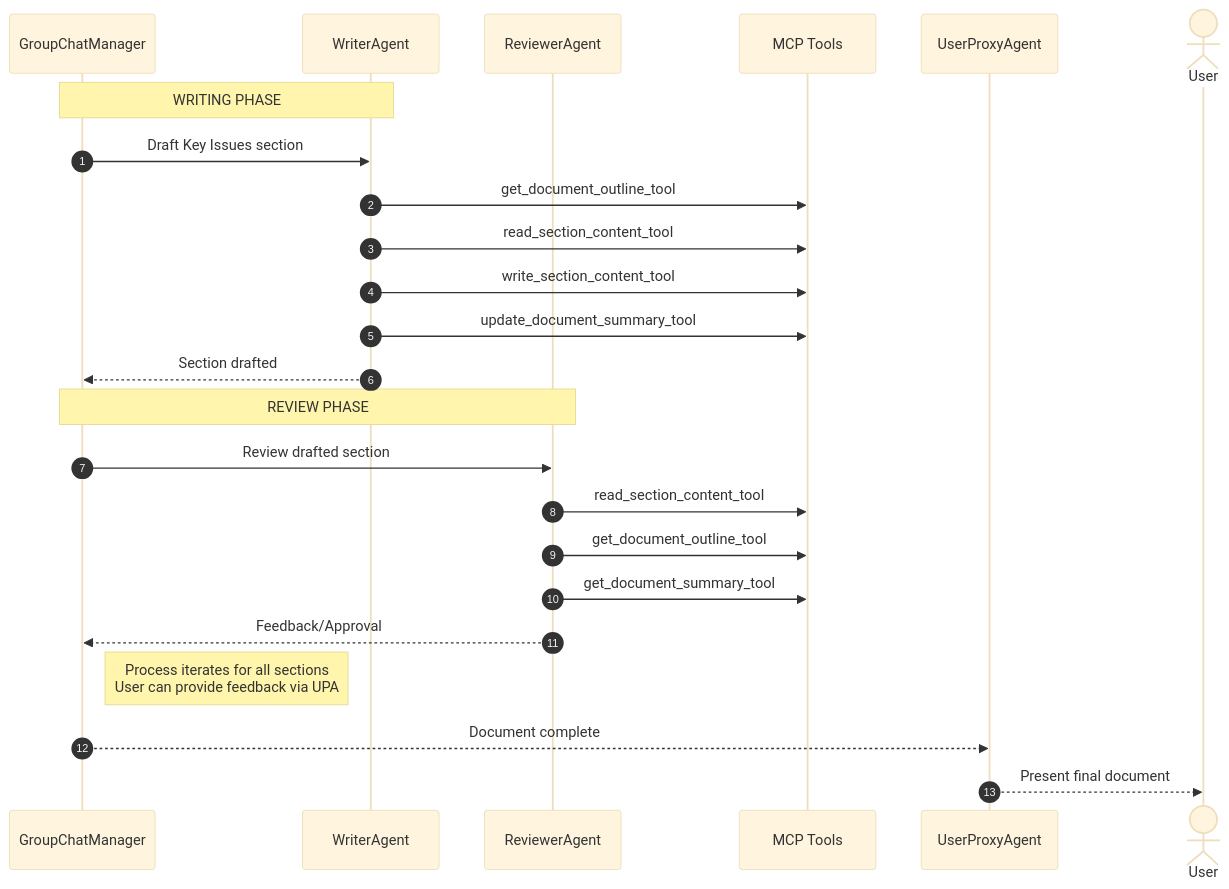
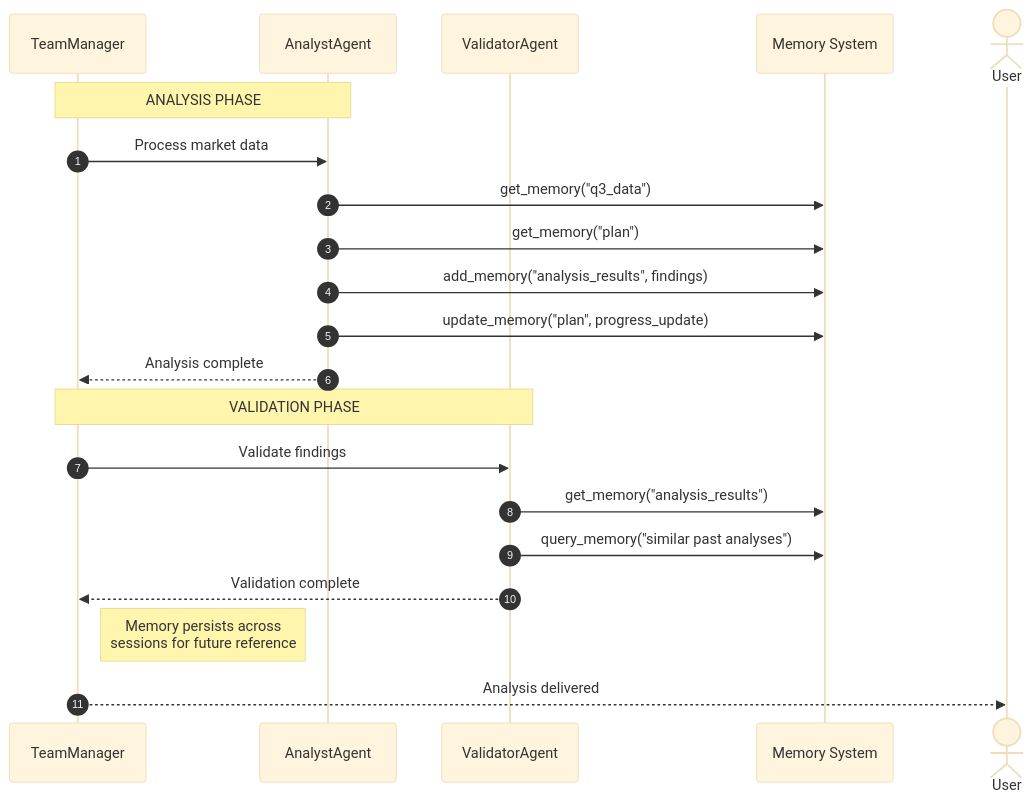
Before and after one commit to dustland/roboco: the third of 3 diagrams in docs/system-architecture.md, drawn with Mermaid (base theme). The commit also changed other lines of this file and 172 other files, not shown here.

````diff
--- a/docs/system-architecture.md
+++ b/docs/system-architecture.md
@@ -255,30 +490,27 @@
 ```mermaid
 sequenceDiagram
     autonumber
-    participant OA as GroupChatManager
-    participant WA as WriterAgent
-    participant RevA as ReviewerAgent
-    participant Tools as MCP Tools
-    participant UPA as UserProxyAgent
+    participant TM as TeamManager
+    participant AA as AnalystAgent
+    participant VA as ValidatorAgent
+    participant MemSys as Memory System
     actor User
 
-    Note over OA,WA: WRITING PHASE
-    OA->>WA: Draft Key Issues section
-    WA->>Tools: get_document_outline_tool
-    WA->>Tools: read_section_content_tool
-    WA->>Tools: write_section_content_tool
-    WA->>Tools: update_document_summary_tool
-    WA-->>OA: Section drafted
+    Note over TM,AA: ANALYSIS PHASE
+    TM->>AA: Process market data
+    AA->>MemSys: get_memory("q3_data")
+    AA->>MemSys: get_memory("plan")
+    AA->>MemSys: add_memory("analysis_results", findings)
+    AA->>MemSys: update_memory("plan", progress_update)
+    AA-->>TM: Analysis complete
 
-    Note over OA,RevA: REVIEW PHASE
-    OA->>RevA: Review drafted section
-    RevA->>Tools: read_section_content_tool
-    RevA->>Tools: get_document_outline_tool
-    RevA->>Tools: get_document_summary_tool
-    RevA-->>OA: Feedback/Approval
+    Note over TM,VA: VALIDATION PHASE
+    TM->>VA: Validate findings
+    VA->>MemSys: get_memory("analysis_results")
+    VA->>MemSys: query_memory("similar past analyses")
+    VA-->>TM: Validation complete
 
-    Note right of OA: Process iterates for all sections<br/>User can provide feedback via UPA
+    Note right of TM: Memory persists across<br/>sessions for future reference
 
-    OA-->>UPA: Document complete
-    UPA-->>User: Present final document
+    TM-->>User: Analysis delivered
 ```
````
